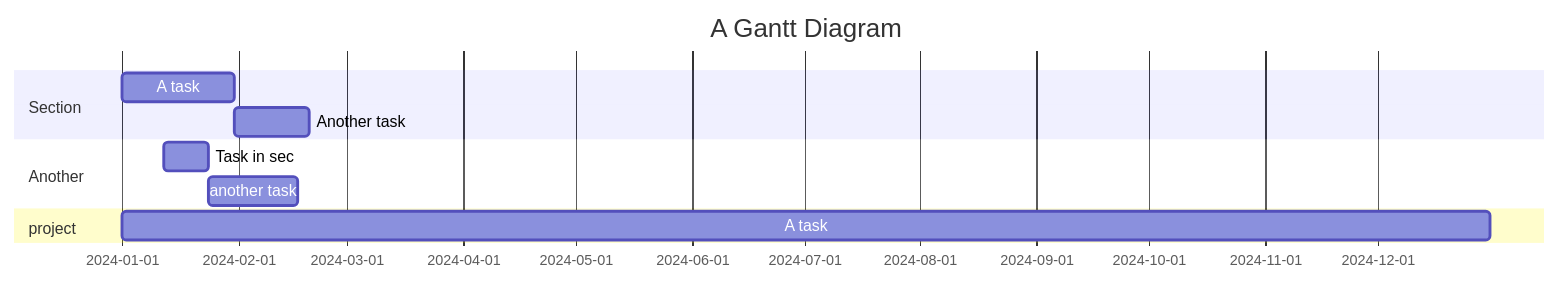
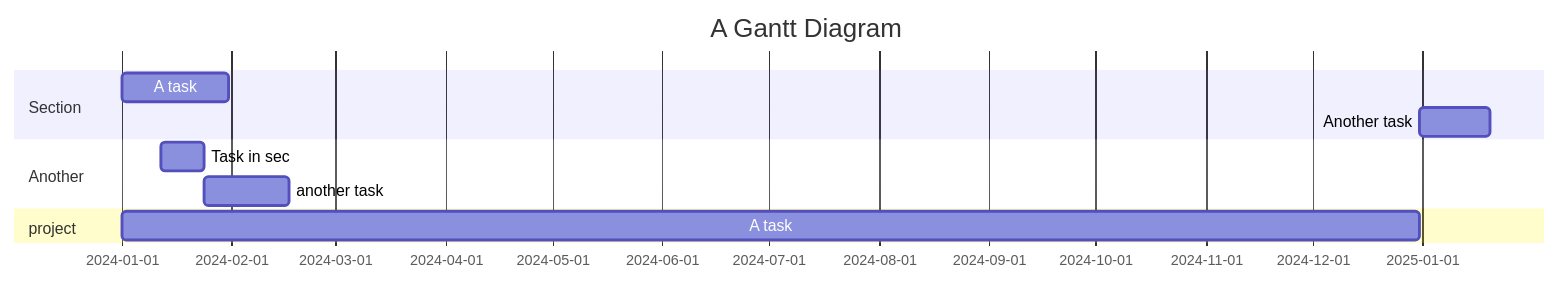
Before and after one commit to z9wen/iodraw-files: the diagram in all/Code Gantt Chart.md, drawn with Mermaid.

Commit message:
2024-03-29 10:57:46 update

````diff
--- a/all/Code Gantt Chart.md
+++ b/all/Code Gantt Chart.md
@@ -1,13 +1,13 @@
 ```mermaid
 gantt
     title A Gantt Diagram
     dateFormat  YYYY-MM-DD
     section Section
     A task           :a1, 2024-01-01, 30d
     Another task     :after a1  , 20d
     section Another
     Task in sec      :2024-01-12  , 12d
     another task      : 24d
     section project
-    A task           :p, 2024-01-01, 365d
+    A task           :a1, 2024-01-01, 365d
 ```
````
